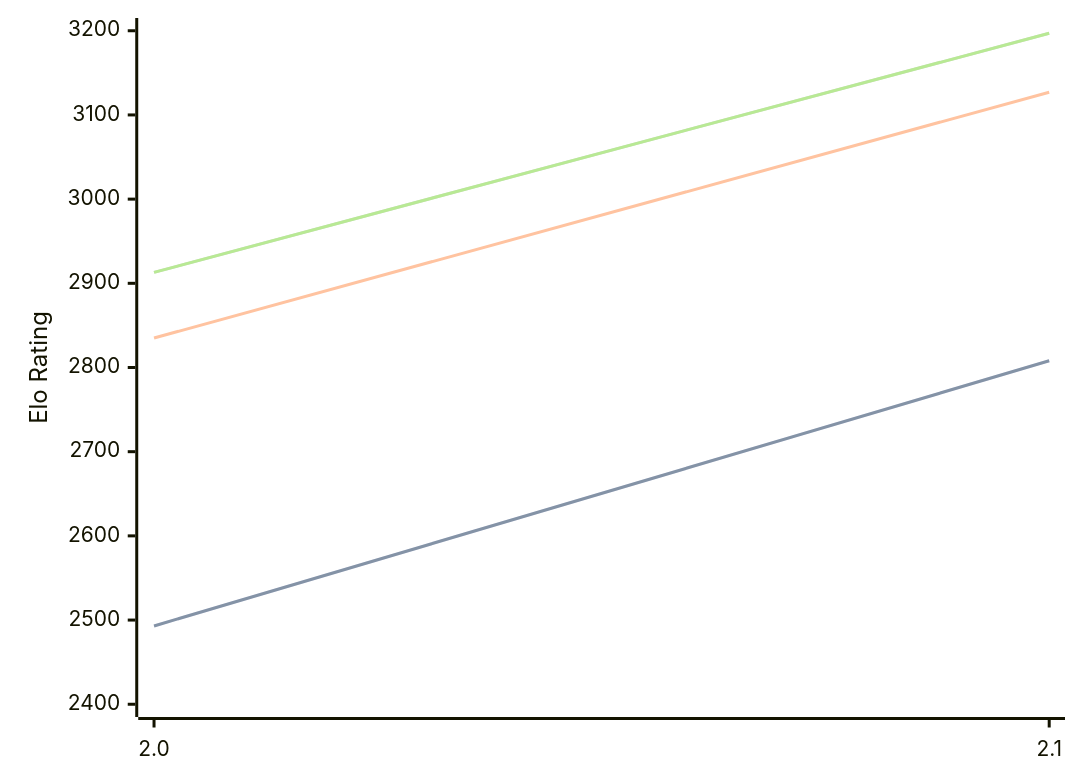
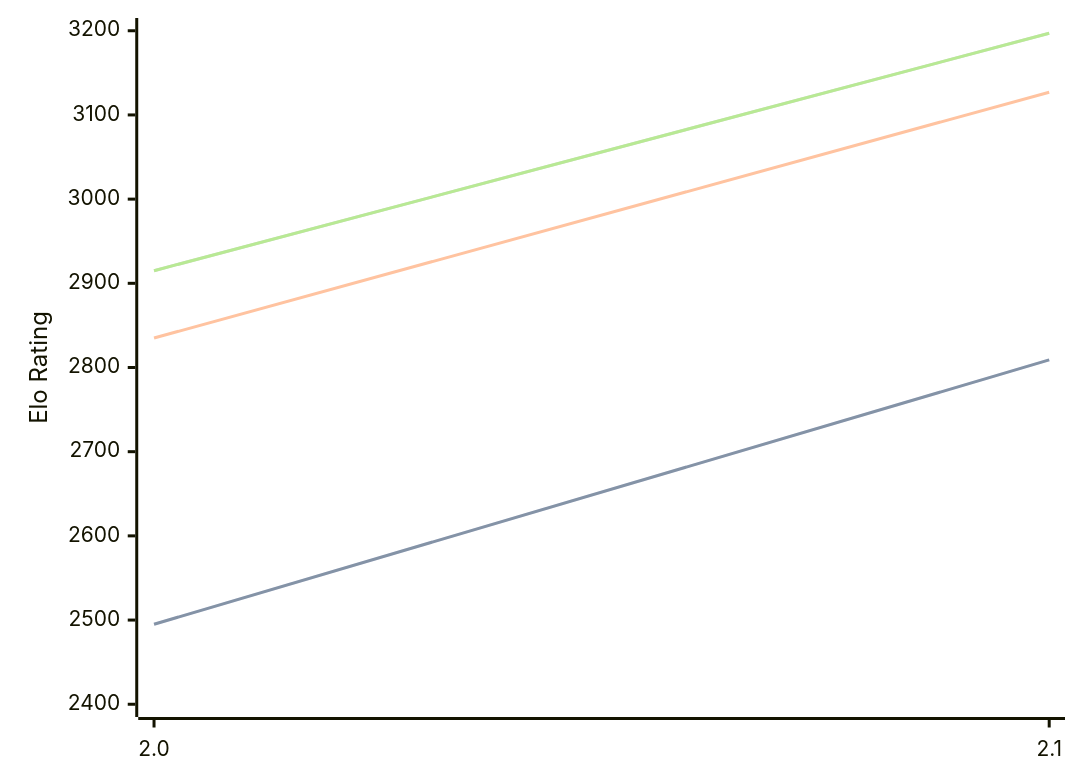
The first of 3 diagrams in engines/Tunguska.md (computer-chess-index/cci), drawn with Mermaid before and after one commit. The commit also changed other lines of this file, not shown here.

Commit message:
Update CCI Ratings (ELO VLTC) - 2026-06-16

````diff
--- a/engines/Tunguska.md
+++ b/engines/Tunguska.md
@@ -32,11 +32,11 @@
 ```mermaid
 %%{init: {"theme":"base","themeVariables":{"seriesColors:['#a3a3a3','#222221','#faa371']}}}%%
 xychart-beta
   x-axis ["2.0", "2.1"]
   y-axis "Elo Rating" 2400 --> 3200
-  line "STC (8.0+0.08s)" [2493, 2808]
-  line "STC (8.0+0.08s)" [2493, 2808]
+  line "STC (8.0+0.08s)" [2495, 2809]
+  line "STC (8.0+0.08s)" [2495, 2809]
   line "LTC (60.0+0.60s)" [2835, 3127]
-  line "VLTC (2m24s+1.12s)" [2913, 3197]
-  line "VLTC (2m24s+1.12s)" [2913, 3197]
+  line "VLTC (2m24s+1.12s)" [2915, 3197]
+  line "VLTC (2m24s+1.12s)" [2915, 3197]
 ```
````
